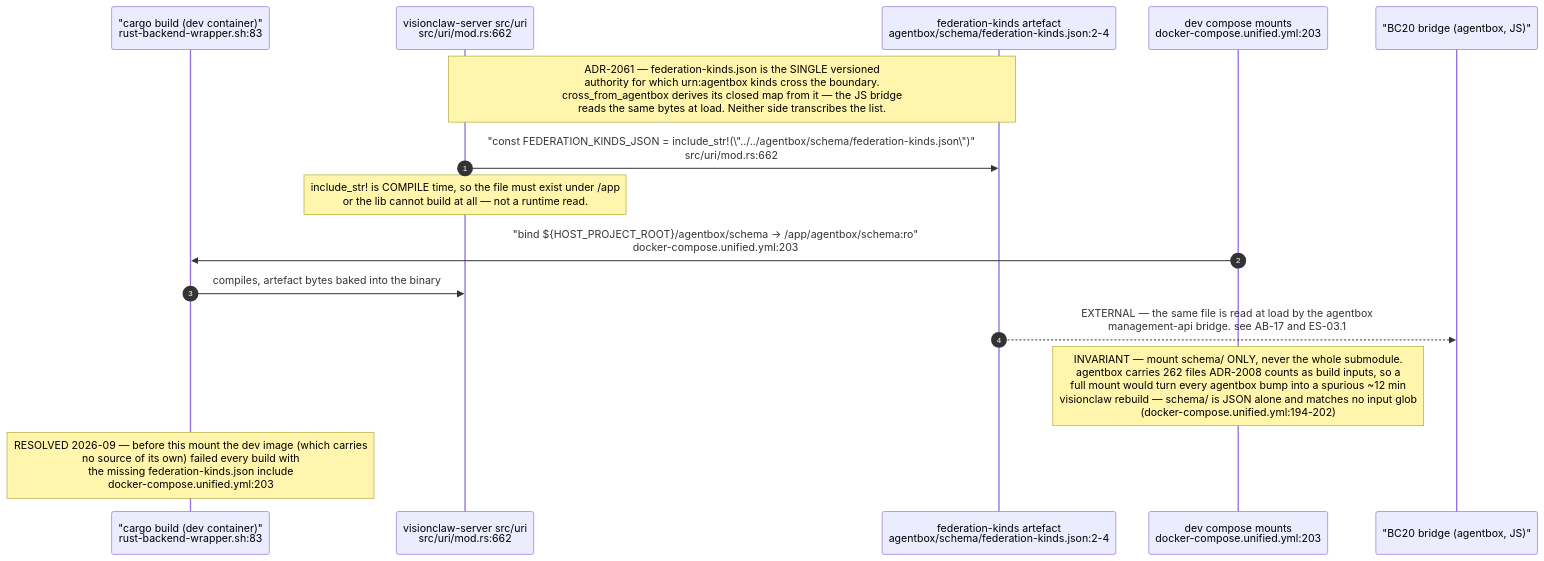
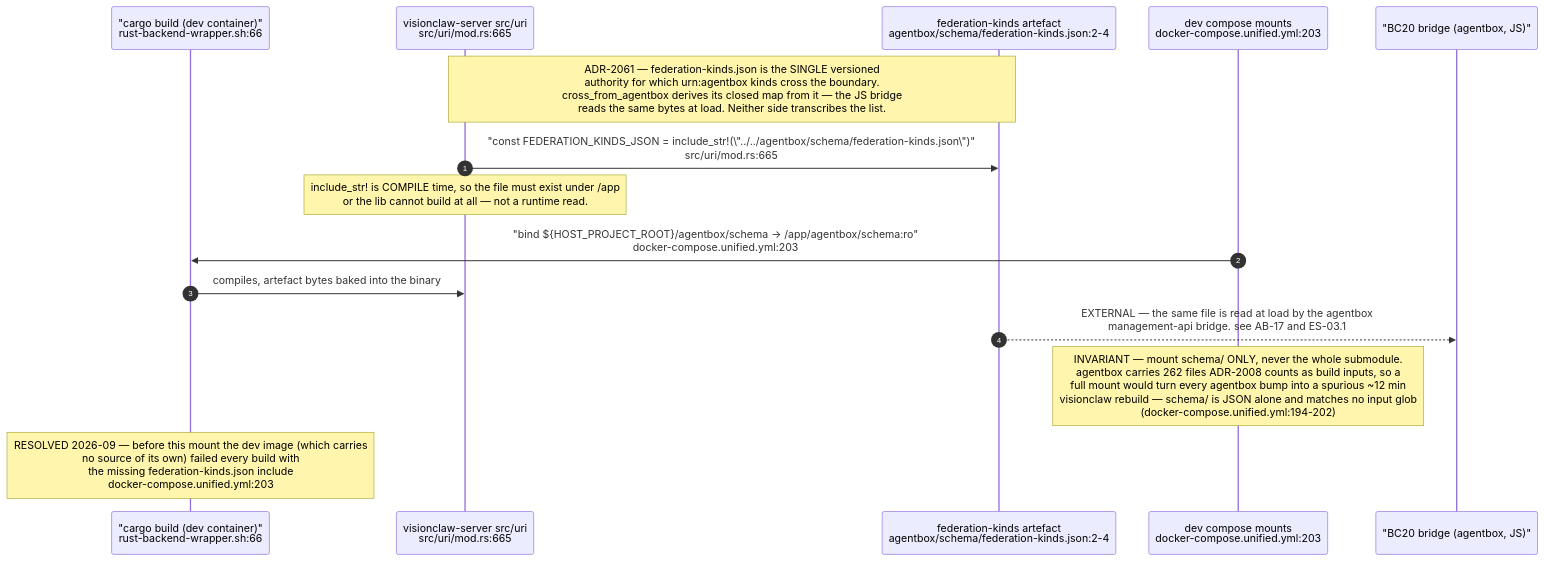
One commit to DreamLab-AI/VisionFlow changed diagram 20 of 24 in docs/diagrams/estate/09-build-deploy-and-ci-estate.md. Above: the diagram before and after it, drawn with Mermaid. The commit also changed other lines of this file and 91 other files, not shown here.

````diff
--- a/docs/diagrams/estate/09-build-deploy-and-ci-estate.md
+++ b/docs/diagrams/estate/09-build-deploy-and-ci-estate.md
@@ -709,18 +735,18 @@
 ```mermaid
 sequenceDiagram
     autonumber
-    participant CB as "cargo build (dev container)"<br/>rust-backend-wrapper.sh:83
-    participant URI as visionclaw-server src/uri<br/>src/uri/mod.rs:662
+    participant CB as "cargo build (dev container)"<br/>rust-backend-wrapper.sh:66
+    participant URI as visionclaw-server src/uri<br/>src/uri/mod.rs:665
     participant FK as federation-kinds artefact<br/>agentbox/schema/federation-kinds.json:2-4
     participant CMP as dev compose mounts<br/>docker-compose.unified.yml:203
     participant BR as "BC20 bridge (agentbox, JS)"
 
     Note over URI,FK: ADR-2061 — federation-kinds.json is the SINGLE versioned<br/>authority for which urn:agentbox kinds cross the boundary.<br/>cross_from_agentbox derives its closed map from it — the JS bridge<br/>reads the same bytes at load. Neither side transcribes the list.
-    URI->>FK: "const FEDERATION_KINDS_JSON = include_str!(\"../../agentbox/schema/federation-kinds.json\")"<br/>src/uri/mod.rs:662
+    URI->>FK: "const FEDERATION_KINDS_JSON = include_str!(\"../../agentbox/schema/federation-kinds.json\")"<br/>src/uri/mod.rs:665
     Note over URI: include_str! is COMPILE time, so the file must exist under /app<br/>or the lib cannot build at all — not a runtime read.
     CMP->>CB: "bind ${HOST_PROJECT_ROOT}/agentbox/schema -> /app/agentbox/schema:ro"<br/>docker-compose.unified.yml:203
     CB->>URI: compiles, artefact bytes baked into the binary
     FK-->>BR: EXTERNAL — the same file is read at load by the agentbox<br/>management-api bridge. see AB-17 and ES-03.1
     Note over CMP: INVARIANT — mount schema/ ONLY, never the whole submodule.<br/>agentbox carries 262 files ADR-2008 counts as build inputs, so a<br/>full mount would turn every agentbox bump into a spurious ~12 min<br/>visionclaw rebuild — schema/ is JSON alone and matches no input glob<br/>(docker-compose.unified.yml:194-202)
     Note over CB: RESOLVED 2026-09 — before this mount the dev image (which carries<br/>no source of its own) failed every build with<br/>the missing federation-kinds.json include<br/>docker-compose.unified.yml:203
 ```
````
